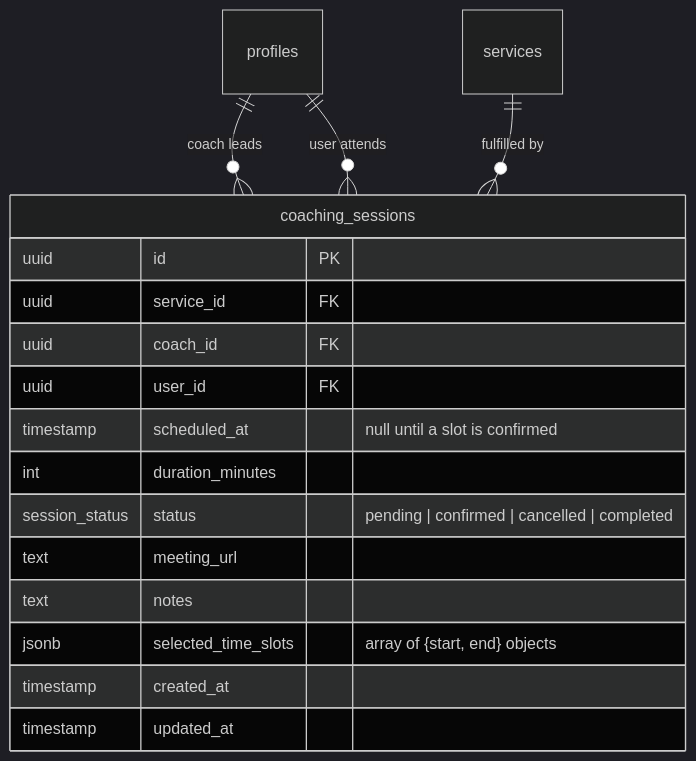
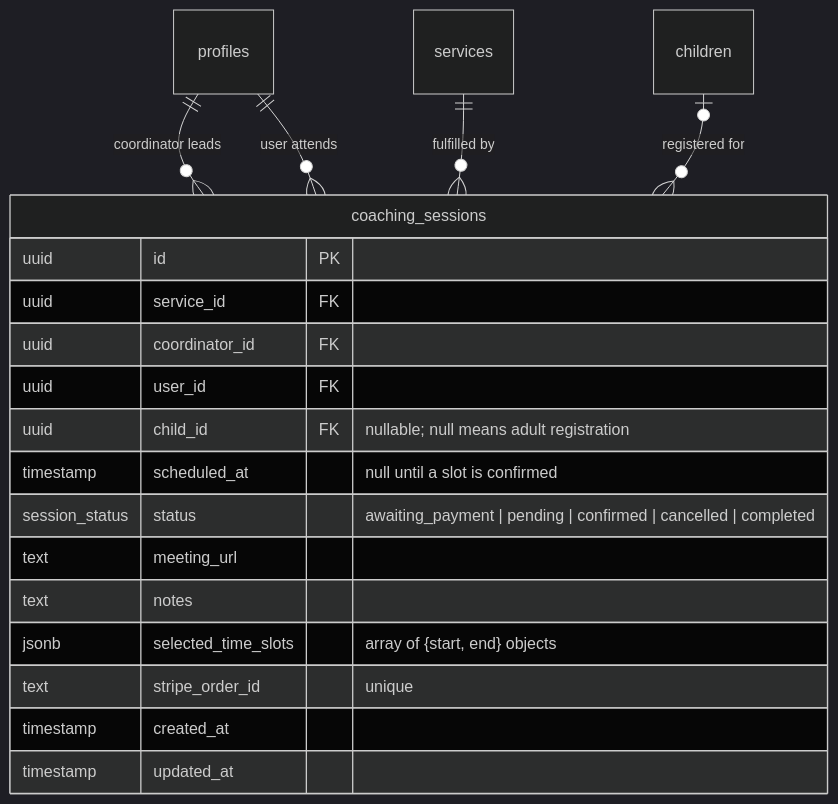
Before and after one commit to hack4impact/mcld-project: the diagram in docs/coaching.md, drawn with Mermaid (dark theme). The commit also changed other lines of this file and 3 other files, not shown here.

````diff
--- a/docs/coaching.md
+++ b/docs/coaching.md
@@ -5,21 +6,23 @@
 ```mermaid
 erDiagram
     coaching_sessions {
         uuid id PK
         uuid service_id FK
-        uuid coach_id FK
+        uuid coordinator_id FK
         uuid user_id FK
+        uuid child_id FK "nullable; null means adult registration"
         timestamp scheduled_at "null until a slot is confirmed"
-        int duration_minutes
-        session_status status "pending | confirmed | cancelled | completed"
+        session_status status "awaiting_payment | pending | confirmed | cancelled | completed"
         text meeting_url
         text notes
         jsonb selected_time_slots "array of {start, end} objects"
+        text stripe_order_id "unique"
         timestamp created_at
         timestamp updated_at
     }
 
-    profiles ||--o{ coaching_sessions : "coach leads"
+    profiles ||--o{ coaching_sessions : "coordinator leads"
     profiles ||--o{ coaching_sessions : "user attends"
     services ||--o{ coaching_sessions : "fulfilled by"
+    children |o--o{ coaching_sessions : "registered for"
 ```
````
